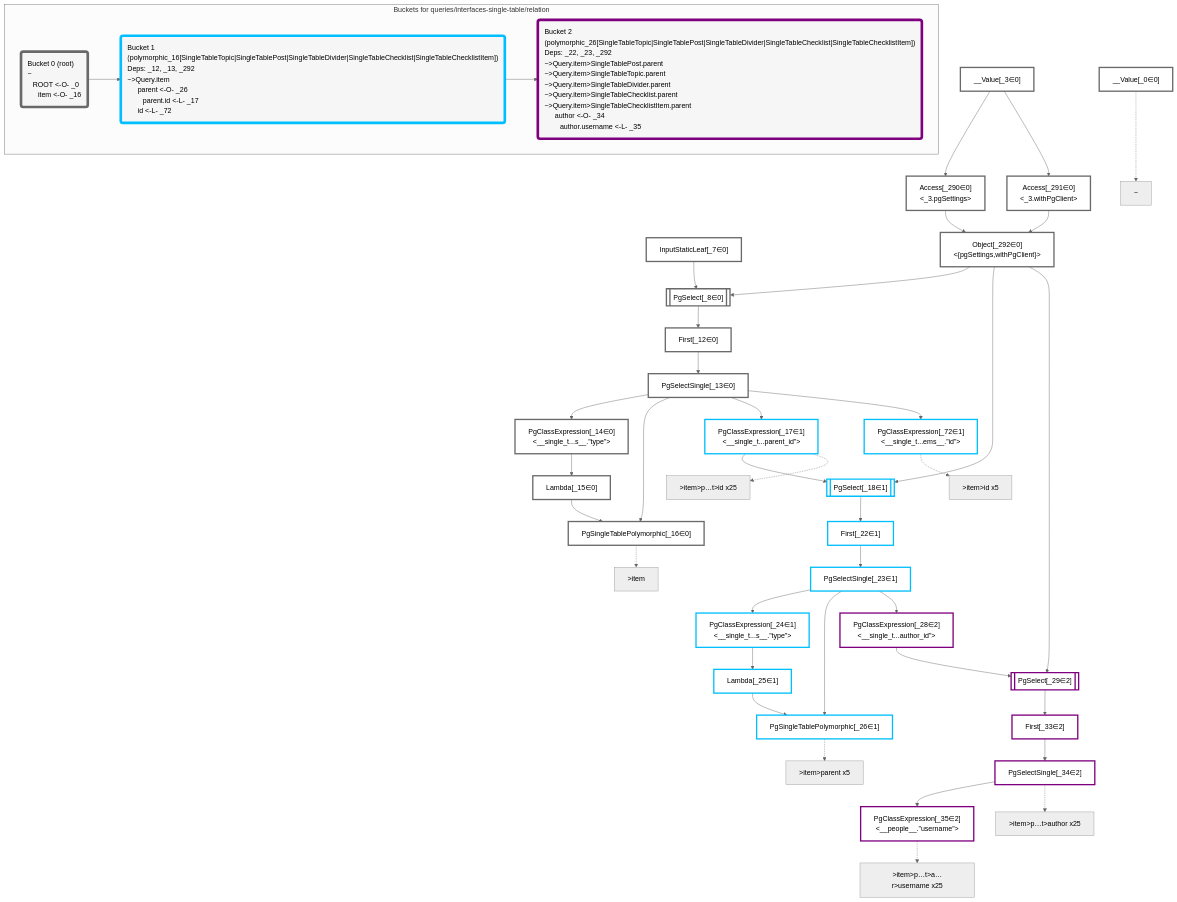
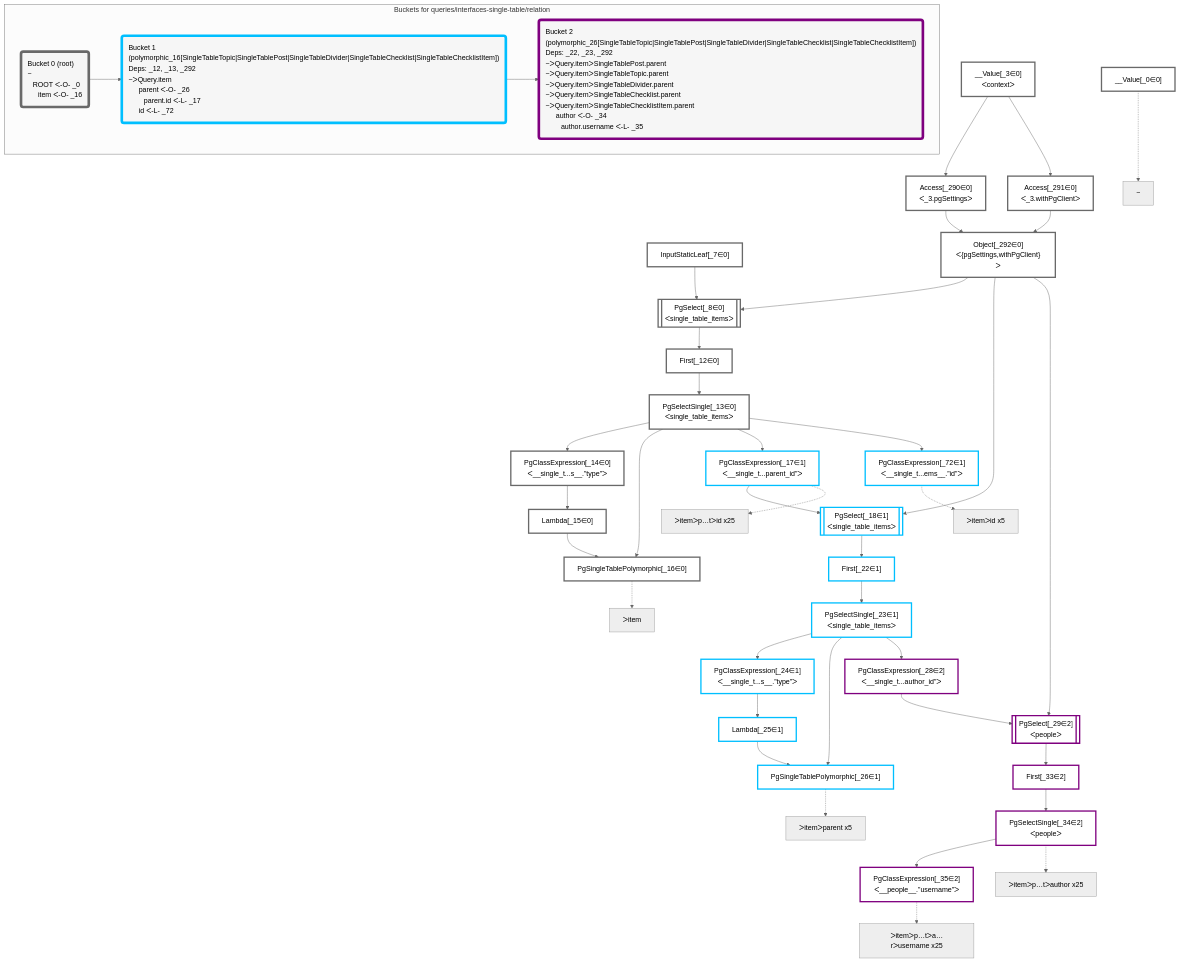
Before and after one commit to graphile/crystal: the diagram in packages/dataplan-pg/__tests__/queries/interfaces-single-table/relation.deopt.mermaid.md, drawn with Mermaid (neutral theme). The commit also changed 195 other files, not shown here.

```diff
--- a/packages/dataplan-pg/__tests__/queries/interfaces-single-table/relation.deopt.mermaid.md
+++ b/packages/dataplan-pg/__tests__/queries/interfaces-single-table/relation.deopt.mermaid.md
@@ -9,30 +9,30 @@
 
     %% define plans
     __Value_0["__Value[_0∈0]"]:::plan
-    __Value_3["__Value[_3∈0]<br /><context>"]:::plan
+    __Value_3["__Value[_3∈0]<br />ᐸcontextᐳ"]:::plan
     InputStaticLeaf_7["InputStaticLeaf[_7∈0]"]:::plan
-    PgSelect_8[["PgSelect[_8∈0]<br /><single_table_items>"]]:::plan
+    PgSelect_8[["PgSelect[_8∈0]<br />ᐸsingle_table_itemsᐳ"]]:::plan
     First_12["First[_12∈0]"]:::plan
-    PgSelectSingle_13["PgSelectSingle[_13∈0]<br /><single_table_items>"]:::plan
-    PgClassExpression_14["PgClassExpression[_14∈0]<br /><__single_t...s__.”type”>"]:::plan
+    PgSelectSingle_13["PgSelectSingle[_13∈0]<br />ᐸsingle_table_itemsᐳ"]:::plan
+    PgClassExpression_14["PgClassExpression[_14∈0]<br />ᐸ__single_t...s__.”type”ᐳ"]:::plan
     Lambda_15["Lambda[_15∈0]"]:::plan
     PgSingleTablePolymorphic_16["PgSingleTablePolymorphic[_16∈0]"]:::plan
-    PgClassExpression_17["PgClassExpression[_17∈1]<br /><__single_t...parent_id”>"]:::plan
-    PgSelect_18[["PgSelect[_18∈1]<br /><single_table_items>"]]:::plan
+    PgClassExpression_17["PgClassExpression[_17∈1]<br />ᐸ__single_t...parent_id”ᐳ"]:::plan
+    PgSelect_18[["PgSelect[_18∈1]<br />ᐸsingle_table_itemsᐳ"]]:::plan
     First_22["First[_22∈1]"]:::plan
-    PgSelectSingle_23["PgSelectSingle[_23∈1]<br /><single_table_items>"]:::plan
-    PgClassExpression_24["PgClassExpression[_24∈1]<br /><__single_t...s__.”type”>"]:::plan
+    PgSelectSingle_23["PgSelectSingle[_23∈1]<br />ᐸsingle_table_itemsᐳ"]:::plan
+    PgClassExpression_24["PgClassExpression[_24∈1]<br />ᐸ__single_t...s__.”type”ᐳ"]:::plan
     Lambda_25["Lambda[_25∈1]"]:::plan
     PgSingleTablePolymorphic_26["PgSingleTablePolymorphic[_26∈1]"]:::plan
-    PgClassExpression_28["PgClassExpression[_28∈2]<br /><__single_t...author_id”>"]:::plan
-    PgSelect_29[["PgSelect[_29∈2]<br /><people>"]]:::plan
+    PgClassExpression_28["PgClassExpression[_28∈2]<br />ᐸ__single_t...author_id”ᐳ"]:::plan
+    PgSelect_29[["PgSelect[_29∈2]<br />ᐸpeopleᐳ"]]:::plan
     First_33["First[_33∈2]"]:::plan
-    PgSelectSingle_34["PgSelectSingle[_34∈2]<br /><people>"]:::plan
-    PgClassExpression_35["PgClassExpression[_35∈2]<br /><__people__.”username”>"]:::plan
-    PgClassExpression_72["PgClassExpression[_72∈1]<br /><__single_t...ems__.”id”>"]:::plan
-    Access_290["Access[_290∈0]<br /><_3.pgSettings>"]:::plan
-    Access_291["Access[_291∈0]<br /><_3.withPgClient>"]:::plan
-    Object_292["Object[_292∈0]<br /><{pgSettings,withPgClient}>"]:::plan
+    PgSelectSingle_34["PgSelectSingle[_34∈2]<br />ᐸpeopleᐳ"]:::plan
+    PgClassExpression_35["PgClassExpression[_35∈2]<br />ᐸ__people__.”username”ᐳ"]:::plan
+    PgClassExpression_72["PgClassExpression[_72∈1]<br />ᐸ__single_t...ems__.”id”ᐳ"]:::plan
+    Access_290["Access[_290∈0]<br />ᐸ_3.pgSettingsᐳ"]:::plan
+    Access_291["Access[_291∈0]<br />ᐸ_3.withPgClientᐳ"]:::plan
+    Object_292["Object[_292∈0]<br />ᐸ{pgSettings,withPgClient}ᐳ"]:::plan
 
     %% plan dependencies
     Object_292 --> PgSelect_8
@@ -67,17 +67,17 @@
     %% plan-to-path relationships
     P_0["~"]
     __Value_0 -.-> P_0
-    P_16[">item"]
+    P_16["ᐳitem"]
     PgSingleTablePolymorphic_16 -.-> P_16
-    P_17[">item>p…t>id x25"]
+    P_17["ᐳitemᐳp…tᐳid x25"]
     PgClassExpression_17 -.-> P_17
-    P_26[">item>parent x5"]
+    P_26["ᐳitemᐳparent x5"]
     PgSingleTablePolymorphic_26 -.-> P_26
-    P_34[">item>p…t>author x25"]
+    P_34["ᐳitemᐳp…tᐳauthor x25"]
     PgSelectSingle_34 -.-> P_34
-    P_35[">item>p…t>a…r>username x25"]
+    P_35["ᐳitemᐳp…tᐳa…rᐳusername x25"]
     PgClassExpression_35 -.-> P_35
-    P_72[">item>id x5"]
+    P_72["ᐳitemᐳid x5"]
     PgClassExpression_72 -.-> P_72
 
     %% allocate buckets
@@ -89,12 +89,12 @@
     class PgClassExpression_28,PgSelect_29,First_33,PgSelectSingle_34,PgClassExpression_35 bucket2
 
     subgraph "Buckets for queries/interfaces-single-table/relation"
-    Bucket0("Bucket 0 (root)<br />~<br />⠀ROOT <-O- _0<br />⠀⠀item <-O- _16"):::bucket
+    Bucket0("Bucket 0 (root)<br />~<br />⠀ROOT ᐸ-O- _0<br />⠀⠀item ᐸ-O- _16"):::bucket
     style Bucket0 stroke:#696969
-    Bucket1("Bucket 1 (polymorphic_16[SingleTableTopic|SingleTablePost|SingleTableDivider|SingleTableChecklist|SingleTableChecklistItem])<br />Deps: _12, _13, _292<br />~>Query.item<br />⠀⠀parent <-O- _26<br />⠀⠀⠀parent.id <-L- _17<br />⠀⠀id <-L- _72"):::bucket
+    Bucket1("Bucket 1 (polymorphic_16[SingleTableTopic|SingleTablePost|SingleTableDivider|SingleTableChecklist|SingleTableChecklistItem])<br />Deps: _12, _13, _292<br />~ᐳQuery.item<br />⠀⠀parent ᐸ-O- _26<br />⠀⠀⠀parent.id ᐸ-L- _17<br />⠀⠀id ᐸ-L- _72"):::bucket
     style Bucket1 stroke:#00bfff
     Bucket0 --> Bucket1
-    Bucket2("Bucket 2 (polymorphic_26[SingleTableTopic|SingleTablePost|SingleTableDivider|SingleTableChecklist|SingleTableChecklistItem])<br />Deps: _22, _23, _292<br />~>Query.item>SingleTablePost.parent<br />~>Query.item>SingleTableTopic.parent<br />~>Query.item>SingleTableDivider.parent<br />~>Query.item>SingleTableChecklist.parent<br />~>Query.item>SingleTableChecklistItem.parent<br />⠀⠀author <-O- _34<br />⠀⠀⠀author.username <-L- _35"):::bucket
+    Bucket2("Bucket 2 (polymorphic_26[SingleTableTopic|SingleTablePost|SingleTableDivider|SingleTableChecklist|SingleTableChecklistItem])<br />Deps: _22, _23, _292<br />~ᐳQuery.itemᐳSingleTablePost.parent<br />~ᐳQuery.itemᐳSingleTableTopic.parent<br />~ᐳQuery.itemᐳSingleTableDivider.parent<br />~ᐳQuery.itemᐳSingleTableChecklist.parent<br />~ᐳQuery.itemᐳSingleTableChecklistItem.parent<br />⠀⠀author ᐸ-O- _34<br />⠀⠀⠀author.username ᐸ-L- _35"):::bucket
     style Bucket2 stroke:#7f007f
     Bucket1 --> Bucket2
     end
```
